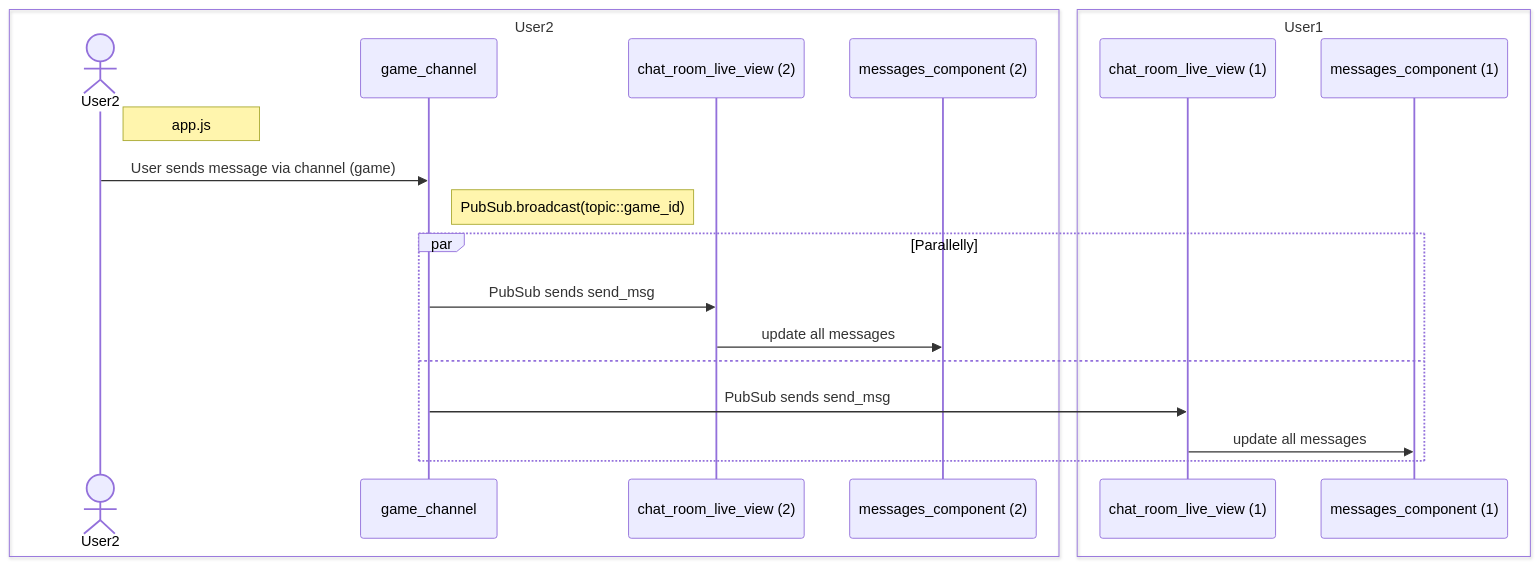
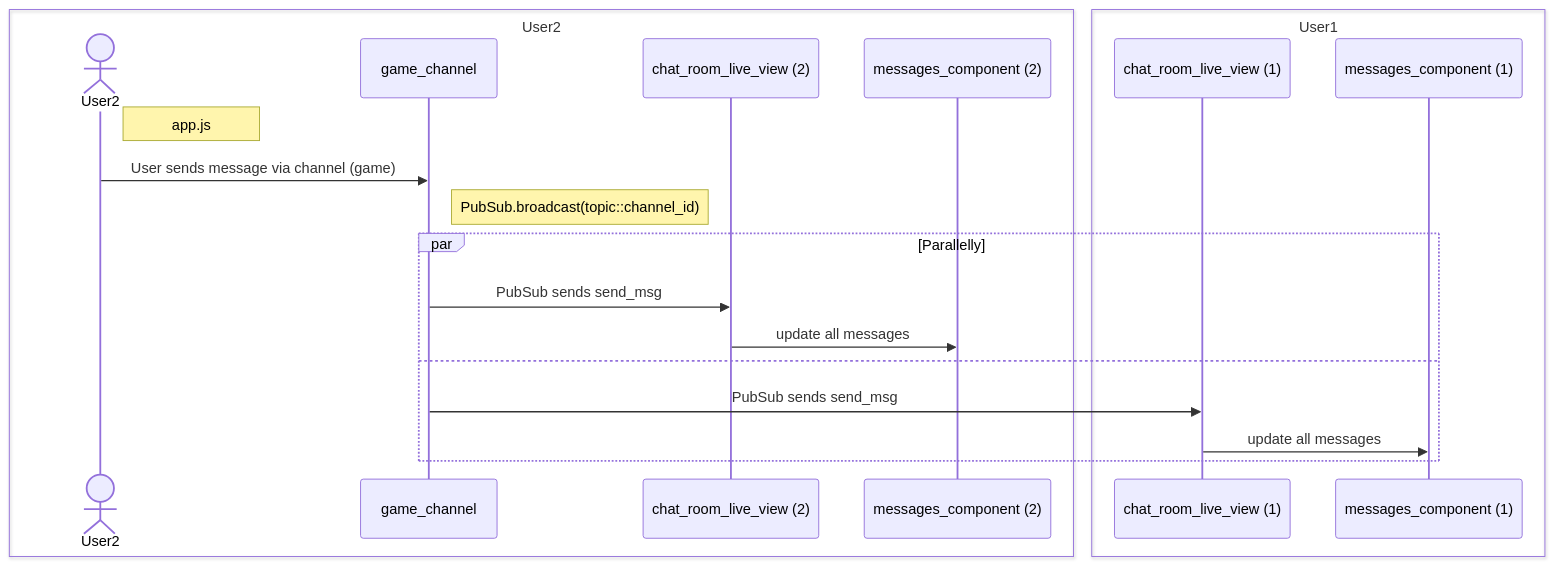
Before and after one commit to ohhi-vn/embedded_chat: the third of 5 diagrams in README.md, drawn with Mermaid. The commit also changed other lines of this file and 9 other files, not shown here.

Commit message:
rename 'game' to 'channel'

````diff
--- a/README.md
+++ b/README.md
@@ -103,23 +103,23 @@
 ```mermaid
 sequenceDiagram
     box User2
     actor User2
     participant game_channel
     participant chat_room_live_view (2)
     participant messages_component (2)
     end
     box User1
     participant chat_room_live_view (1)
     participant messages_component (1)
     end
     Note right of User2: app.js
     User2->>game_channel: User sends message via channel (game)
-    Note right of game_channel: PubSub.broadcast(topic::game_id)
+    Note right of game_channel: PubSub.broadcast(topic::channel_id)
     par Parallelly
     game_channel->>chat_room_live_view (2): PubSub sends send_msg
     chat_room_live_view (2)->>messages_component (2): update all messages
     and
     game_channel->>chat_room_live_view (1): PubSub sends send_msg
     chat_room_live_view (1)->>messages_component (1): update all messages
     end
 ```
````
